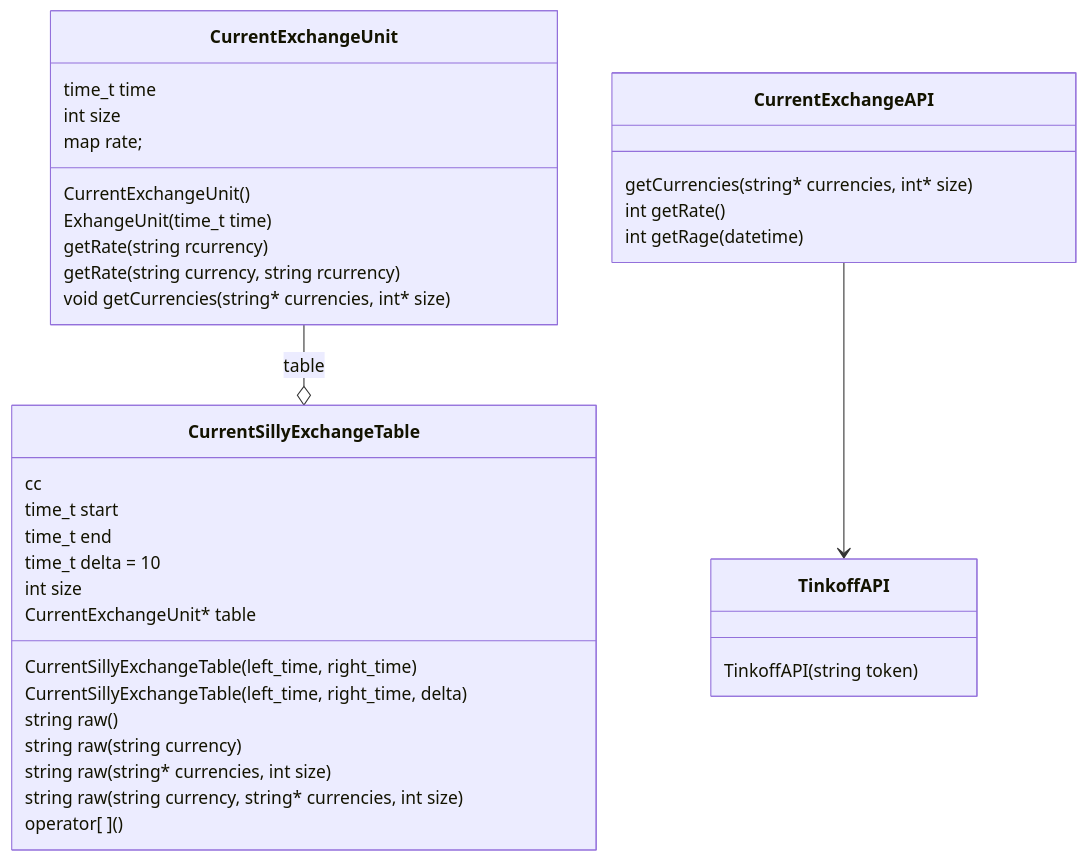
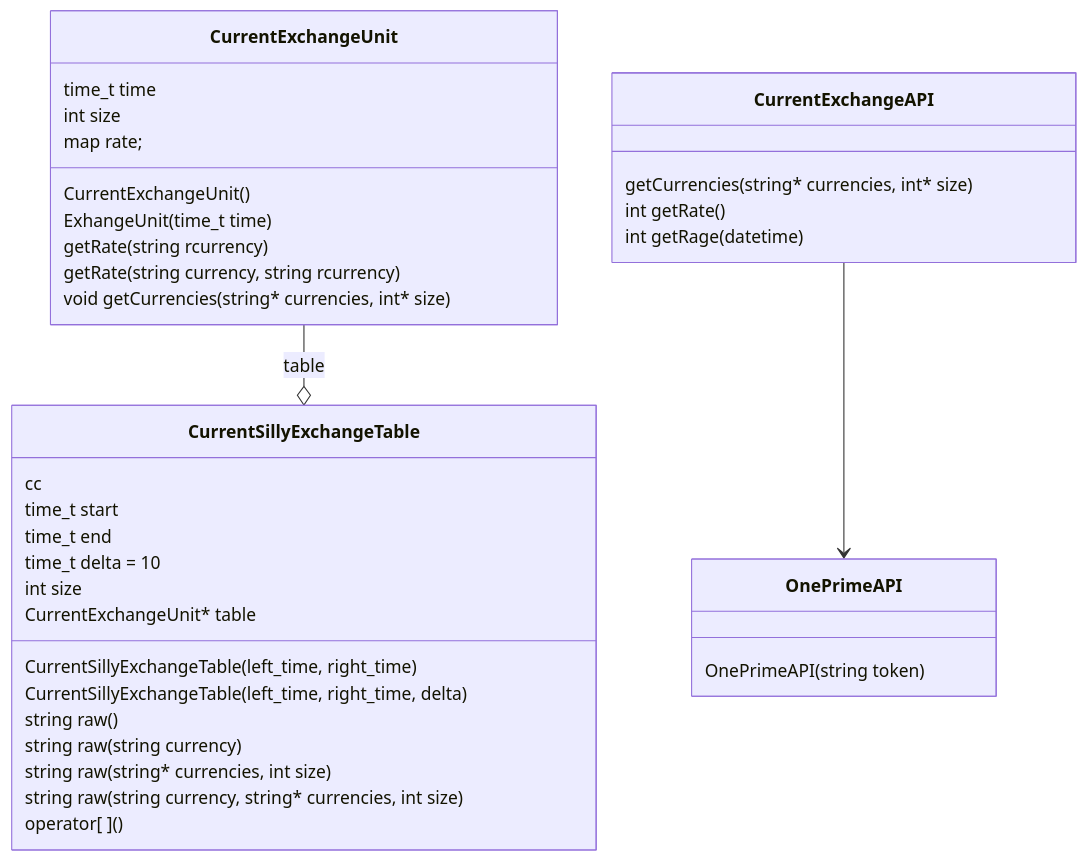
Before and after one commit to valyankilyan/Exchange-rate: the diagram in README.md, drawn with Mermaid. The commit also changed 1 other file, not shown here.

Commit message:
after report

````diff
--- a/README.md
+++ b/README.md
@@ -40,50 +40,50 @@
 ``` mermaid
     classDiagram
     class  CurrentExchangeUnit {
         CurrentExchangeUnit()
         ExhangeUnit(time_t time)
 
         getRate(string rcurrency)
         getRate(string currency, string rcurrency)
 
         void getCurrencies(string* currencies, int* size)
 
         time_t time
         int size
         map <string, int> rate;
     }
 
     class CurrentSillyExchangeTable {
         CurrentSillyExchangeTable(left_time, right_time)
         CurrentSillyExchangeTable(left_time, right_time, delta)
 
         string raw()
         string raw(string currency)
         string raw(string* currencies, int size)
         string raw(string currency, string* currencies, int size)
         cc
 
         operator[ ]()
 
         time_t start
         time_t end
         time_t delta = 10
         int size
         CurrentExchangeUnit* table
     }
 
     class CurrentExchangeAPI {
         getCurrencies(string* currencies, int* size)
         int getRate()
         int getRage(datetime)
     }
 
-    class TinkoffAPI {
-        TinkoffAPI(string token)
+    class OnePrimeAPI {
+        OnePrimeAPI(string token)
     }
 
-    CurrentExchangeAPI --> TinkoffAPI
+    CurrentExchangeAPI --> OnePrimeAPI
     
 
     CurrentExchangeUnit --o CurrentSillyExchangeTable : table
 ```
````
